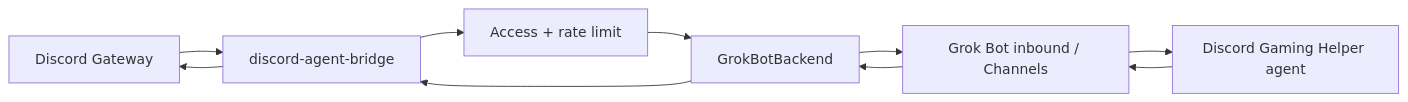
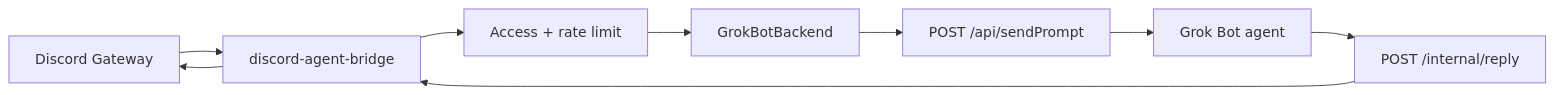
Before and after one commit to alvinng214/discord-agent-bridge: the diagram in docs/PHASE2-GROK-BOT-BACKEND.md, drawn with Mermaid. The commit also changed other lines of this file and 16 other files, not shown here.

First line of the commit message:
Implement GrokBotBackend via computer gateway and authenticated reply callback.

````diff
--- a/docs/PHASE2-GROK-BOT-BACKEND.md
+++ b/docs/PHASE2-GROK-BOT-BACKEND.md
@@ -27,12 +31,11 @@
 ```mermaid
 flowchart LR
   D[Discord Gateway] --> B[discord-agent-bridge]
   B --> A[Access + rate limit]
   A --> G[GrokBotBackend]
-  G --> API[Grok Bot inbound / Channels]
-  API --> Agent[Discord Gaming Helper agent]
-  Agent --> API
-  API --> G
-  G --> B
+  G --> GW[POST /api/sendPrompt]
+  GW --> Agent[Grok Bot agent]
+  Agent --> CB[POST /internal/reply]
+  CB --> B
   B --> D
 ```
````
